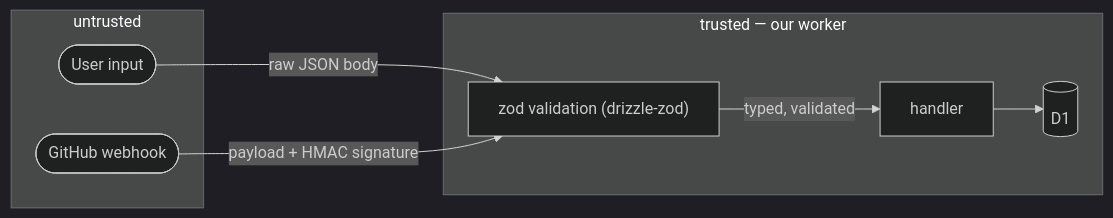
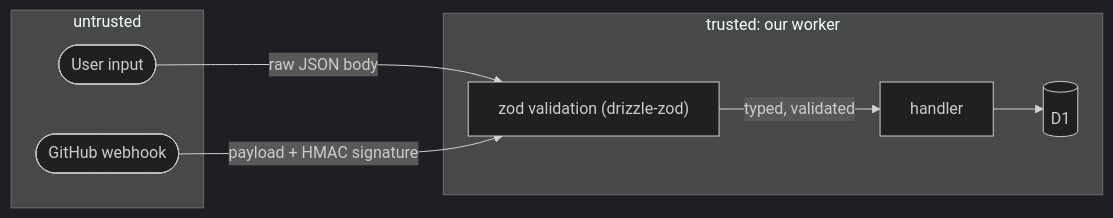
Before and after one commit to Ovich/charrette: the eighth of 12 diagrams in general/write-diagrams/diagrams.md, drawn with Mermaid (dark theme). The commit also changed other lines of this file and 15 other files, not shown here.

````diff
--- a/general/write-diagrams/diagrams.md
+++ b/general/write-diagrams/diagrams.md
@@ -191,16 +191,16 @@
 ```mermaid
 flowchart LR
     subgraph untrusted["untrusted"]
         u([User input])
         wh([GitHub webhook])
     end
-    subgraph trusted["trusted — our worker"]
+    subgraph trusted["trusted: our worker"]
         v["zod validation (drizzle-zod)"]
         h["handler"]
         db[("D1")]
     end
     u -->|"raw JSON body"| v
     wh -->|"payload + HMAC signature"| v
     v -->|"typed, validated"| h
     h --> db
 ```
````
